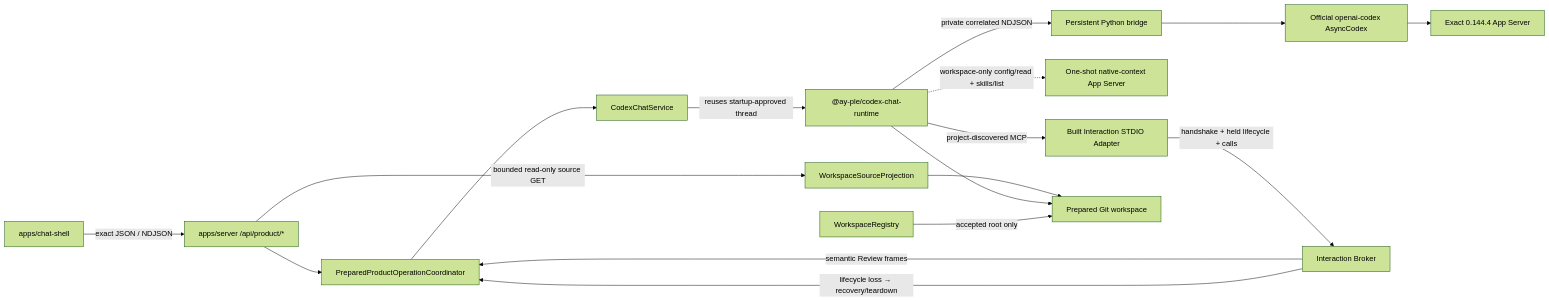
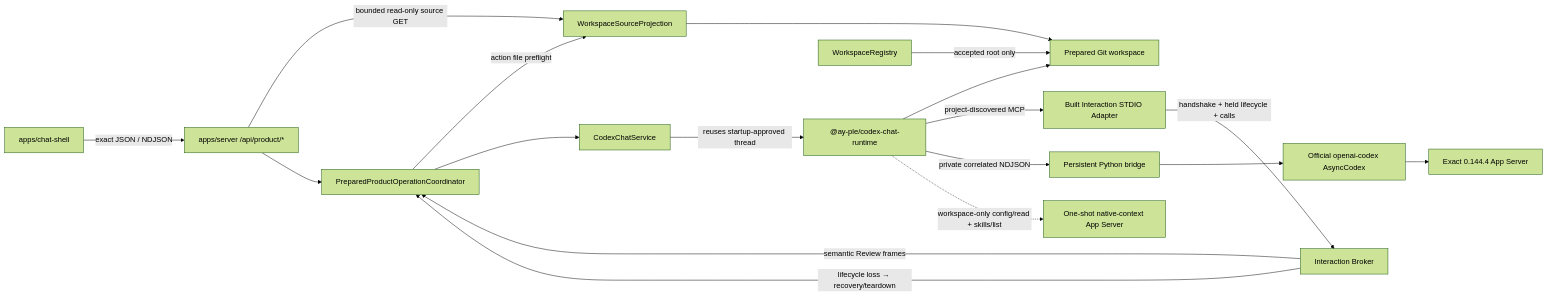
One commit to Mureung1/hub-showcase changed the diagram in docs/architecture/codex-chat-implementation-map.md. Above: the diagram before and after it, drawn with Mermaid (forest theme). The commit also changed other lines of this file, not shown here.

Commit message:
docs: synchronize action implementation map

````diff
--- a/docs/architecture/codex-chat-implementation-map.md
+++ b/docs/architecture/codex-chat-implementation-map.md
@@ -52,34 +52,35 @@
 ```mermaid
 flowchart LR
   Shell["apps/chat-shell"]
   ProductHttp["apps/server /api/product/*"]
   Coordinator["PreparedProductOperationCoordinator"]
   Service["CodexChatService"]
   Runtime["@ay-ple/codex-chat-runtime"]
   Python["Persistent Python bridge"]
   SDK["Official openai-codex AsyncCodex"]
   Native["Exact 0.144.4 App Server"]
   Context["One-shot native-context App Server"]
   Adapter["Built Interaction STDIO Adapter"]
   Broker["Interaction Broker"]
   Sources["WorkspaceSourceProjection"]
   Registry["WorkspaceRegistry"]
   Workspace["Prepared Git workspace"]
 
   Shell -->|"exact JSON / NDJSON"| ProductHttp
   ProductHttp -->|"bounded read-only source GET"| Sources
   Sources --> Workspace
   ProductHttp --> Coordinator
+  Coordinator -->|"action file preflight"| Sources
   Coordinator --> Service
   Service -->|"reuses startup-approved thread"| Runtime
   Runtime --> Workspace
   Runtime -->|"project-discovered MCP"| Adapter
   Adapter -->|"handshake + held lifecycle + calls"| Broker
   Broker -->|"semantic Review frames"| Coordinator
   Broker -->|"lifecycle loss → recovery/teardown"| Coordinator
   Registry -->|"accepted root only"| Workspace
   Runtime -->|"private correlated NDJSON"| Python
   Python --> SDK
   SDK --> Native
   Runtime -.->|"workspace-only config/read + skills/list"| Context
 ```
````
